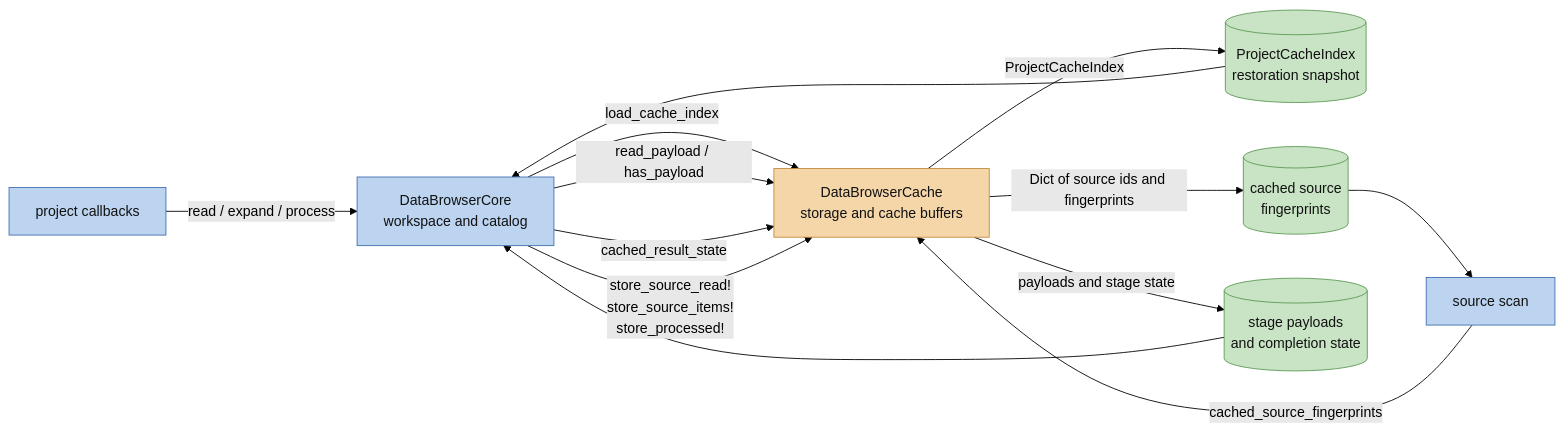
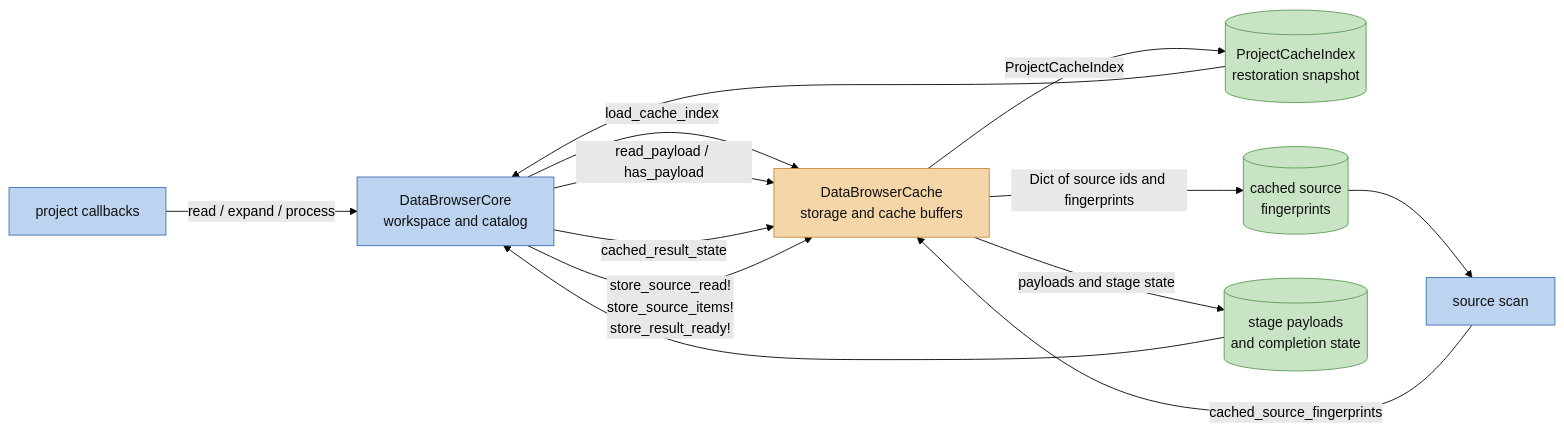
The third of 5 diagrams in docs/ARCHITECTURE.md (digiefel/DataBrowser), drawn with Mermaid (forest theme) before and after one commit. The commit also changed other lines of this file and 11 other files, not shown here.

````diff
--- a/docs/ARCHITECTURE.md
+++ b/docs/ARCHITECTURE.md
@@ -322,30 +322,30 @@
 ```mermaid
 flowchart LR
     core["DataBrowserCore<br/>workspace and catalog"]
     scan["source scan"]
     cache["DataBrowserCache<br/>storage and cache buffers"]
     snapshot[("ProjectCacheIndex<br/>restoration snapshot")]
     fingerprints[("cached source<br/>fingerprints")]
     payloads[("stage payloads<br/>and completion state")]
     source["project callbacks"]
 
     core -->|"load_cache_index"| cache
     cache -->|"ProjectCacheIndex"| snapshot
     snapshot --> core
     scan -->|"cached_source_fingerprints"| cache
     cache -->|"Dict of source ids and fingerprints"| fingerprints
     fingerprints --> scan
     core -->|"read_payload / has_payload"| cache
     core -->|"cached_result_state"| cache
     cache -->|"payloads and stage state"| payloads
     payloads --> core
-    core -->|"store_source_read!<br/>store_source_items!<br/>store_processed!"| cache
+    core -->|"store_source_read!<br/>store_source_items!<br/>store_result_ready!"| cache
     source -->|"read / expand / process"| core
 
     classDef coreC fill:#bcd4f0,stroke:#3f6fb0,color:#111
     classDef cacheC fill:#f5d6a8,stroke:#c08a3f,color:#111
     classDef stateC fill:#c9e4c5,stroke:#5a9a52,color:#111
     class core,scan,source coreC
     class cache cacheC
     class snapshot,fingerprints,payloads stateC
 ```
````
